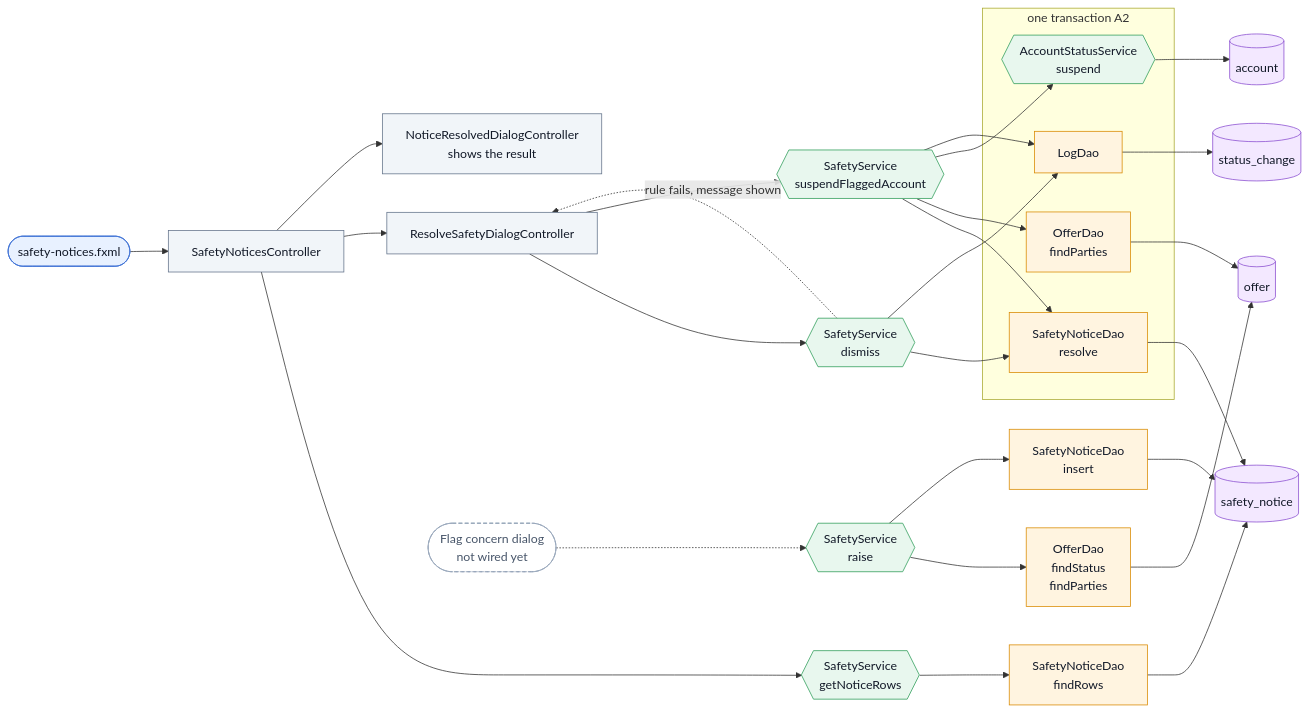
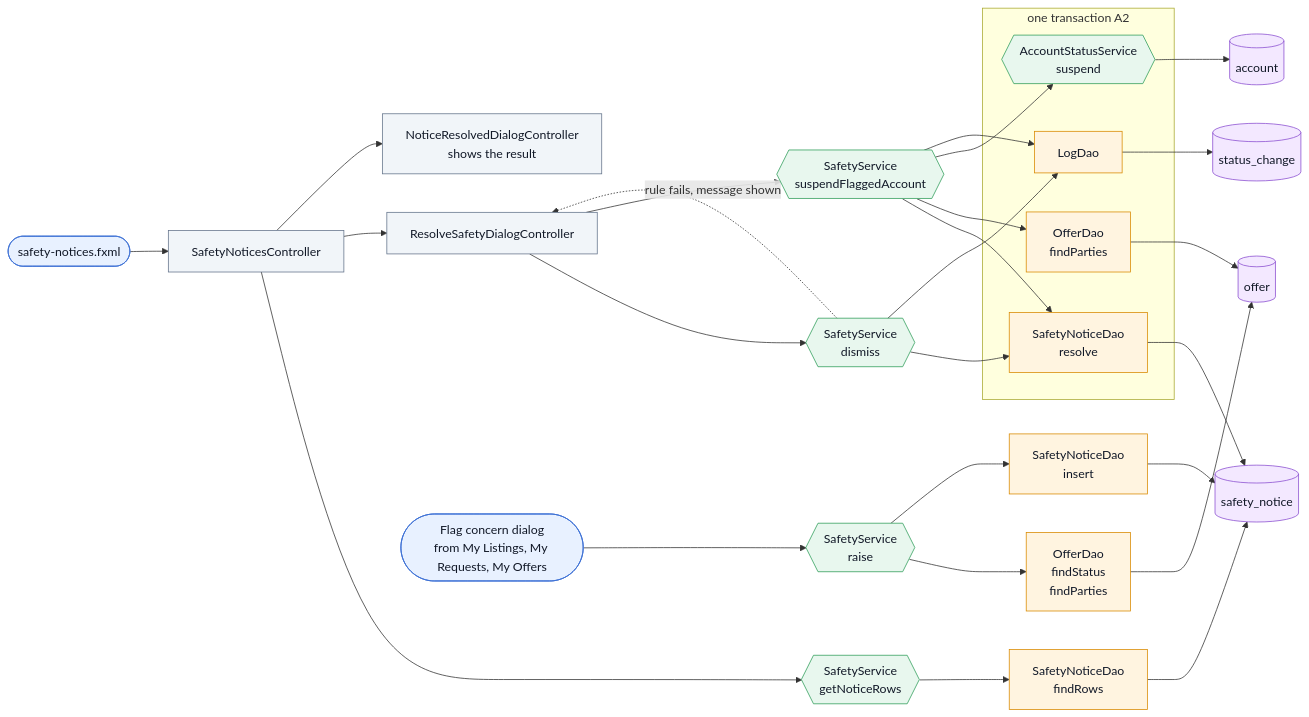
Before and after one commit to Az-Zav/ANIPLATO: the seventh of 17 diagrams in docs/MAP.md, drawn with Mermaid. The commit also changed other lines of this file and 5 other files, not shown here.

First line of the commit message:
Wire the Flag Safety Concern dialog (round 4, slice B)

````diff
--- a/docs/MAP.md
+++ b/docs/MAP.md
@@ -619,34 +619,34 @@
 ```mermaid
 flowchart LR
   classDef screen fill:#e8f1ff,stroke:#3b6fd4,color:#111827
   classDef ctrl fill:#f1f5f9,stroke:#64748b,color:#111827
   classDef svc fill:#e8f7ee,stroke:#2f9e5a,color:#111827
   classDef dao fill:#fff4e0,stroke:#d98a00,color:#111827
   classDef tbl fill:#f3e8ff,stroke:#8a4fd1,color:#111827
   classDef planned fill:#ffffff,stroke:#94a3b8,stroke-dasharray:5 3,color:#475569
   N([safety-notices.fxml]):::screen --> NC[SafetyNoticesController]:::ctrl --> GR{{SafetyService<br/>getNoticeRows}}:::svc --> FR[SafetyNoticeDao<br/>findRows]:::dao --> TN[(safety_notice)]:::tbl
   NC --> RS[ResolveSafetyDialogController]:::ctrl
   RS --> DI{{SafetyService<br/>dismiss}}:::svc
   RS --> SF{{SafetyService<br/>suspendFlaggedAccount}}:::svc
   DI -. rule fails, message shown .-> RS
   subgraph TX[one transaction A2]
     RE[SafetyNoticeDao<br/>resolve]:::dao
     PA[OfferDao<br/>findParties]:::dao
     SU{{AccountStatusService<br/>suspend}}:::svc
     LG[LogDao]:::dao
   end
   DI --> RE
   SF --> RE
   SF --> PA
   SF --> SU
   DI --> LG
   SF --> LG
   RE --> TN
   PA --> TO[(offer)]:::tbl
   SU --> TA[(account)]:::tbl
   LG --> TL[(status_change)]:::tbl
   NC --> NR[NoticeResolvedDialogController<br/>shows the result]:::ctrl
-  FD([Flag concern dialog<br/>not wired yet]):::planned -.-> RA{{SafetyService<br/>raise}}:::svc
+  FD([Flag concern dialog<br/>from My Listings, My Requests, My Offers]):::screen --> RA{{SafetyService<br/>raise}}:::svc
   RA --> OS[OfferDao<br/>findStatus<br/>findParties]:::dao --> TO
   RA --> IN[SafetyNoticeDao<br/>insert]:::dao --> TN
 ```
````
